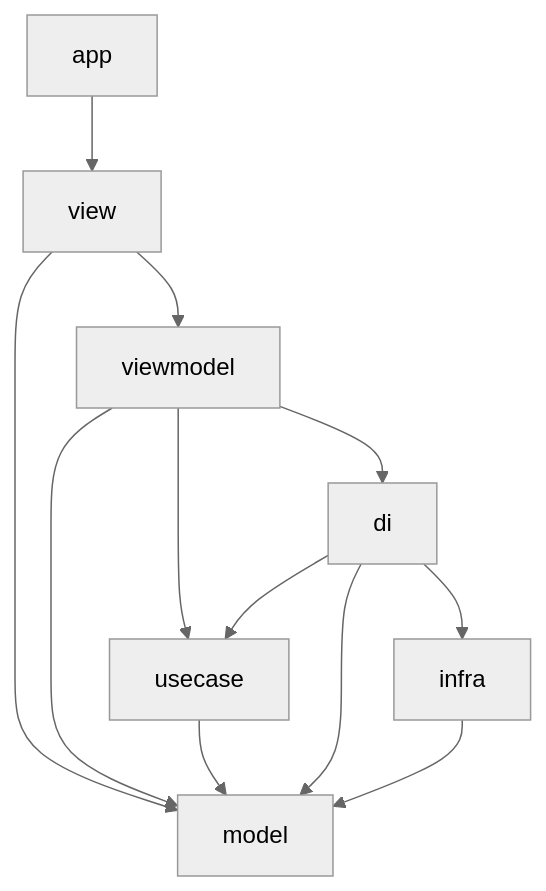
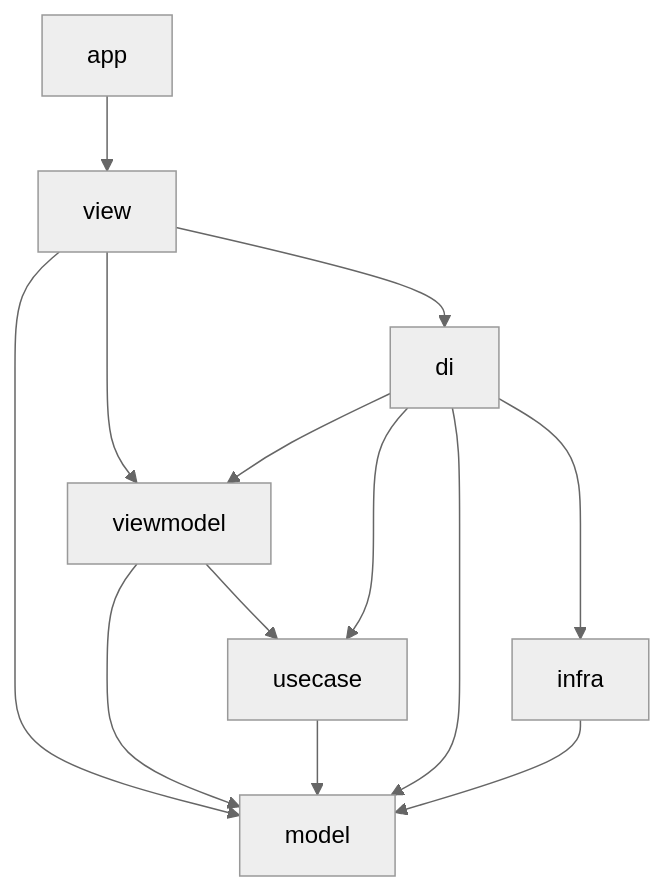
One commit to MICAELCARDOSOREIS/IPEBOOK_ changed the first of 3 diagrams in docs/arquitetura/architecture-ipebook/architecture-ipebook.md. Above: the diagram before and after it, drawn with Mermaid (neutral theme). The commit also changed 9 other files, not shown here.

````diff
--- a/docs/arquitetura/architecture-ipebook/architecture-ipebook.md
+++ b/docs/arquitetura/architecture-ipebook/architecture-ipebook.md
@@ -40,14 +40,15 @@
 ```mermaid
 graph TD
     app --> view
     view --> viewmodel
+    view --> di
     view --> model
     viewmodel --> usecase
     viewmodel --> model
-    viewmodel --> di
     usecase --> model
+    di --> viewmodel
     di --> usecase
     di --> infra
     di --> model
     infra --> model
 ```
````
